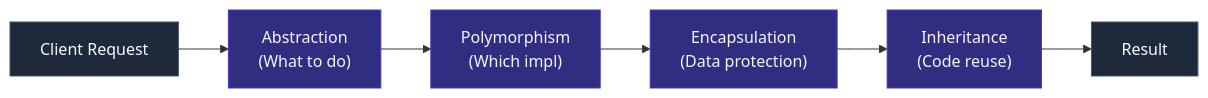
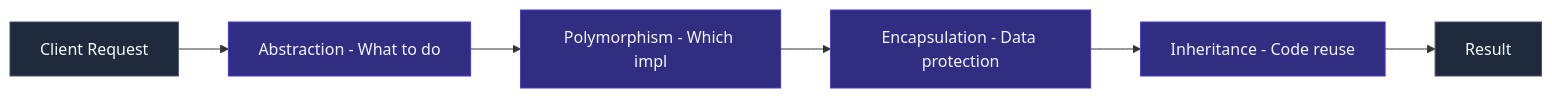
The fifth of 19 diagrams in Java_jdbc_hibernate_SpringBoot/analysis/Java_Analysis.md (SaiTeja301/My_Interview_Preparation), drawn with Mermaid before and after one commit. The commit also changed other lines of this file, not shown here.

Commit message:
docs(java): audit core chapters and optimize 19 Mermaid diagrams for light/dark theme contrast

````diff
--- a/Java_jdbc_hibernate_SpringBoot/analysis/Java_Analysis.md
+++ b/Java_jdbc_hibernate_SpringBoot/analysis/Java_Analysis.md
@@ -295,13 +298,13 @@
 ```mermaid
 flowchart LR
-    A["Client Request"] --> B["Abstraction<br>(What to do)"]
-    B --> C["Polymorphism<br>(Which impl)"]
-    C --> D["Encapsulation<br>(Data protection)"]
-    D --> E["Inheritance<br>(Code reuse)"]
+    A["Client Request"] --> B["Abstraction - What to do"]
+    B --> C["Polymorphism - Which impl"]
+    C --> D["Encapsulation - Data protection"]
+    D --> E["Inheritance - Code reuse"]
     E --> F["Result"]
 
     classDef concept fill:#1E293B,stroke:#475569,color:#F8FAFC,stroke-width:1px;
     classDef pillar fill:#312E81,stroke:#4338CA,color:#F5F3FF,stroke-width:1px;
     class A,F concept
     class B,C,D,E pillar
 ```
````
